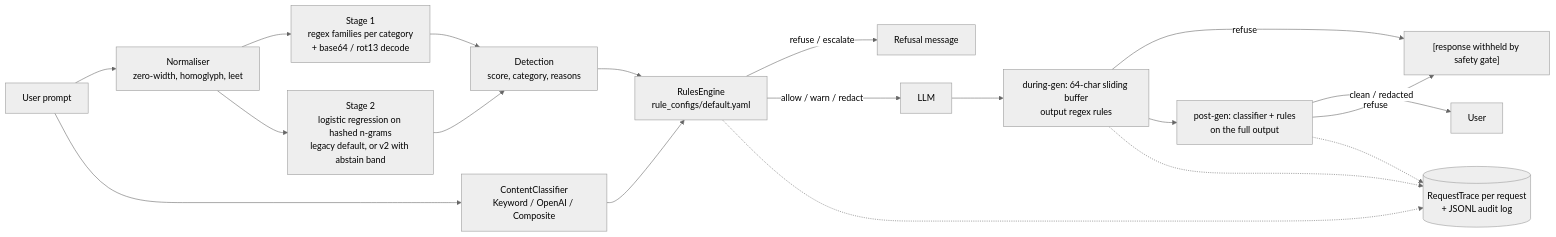
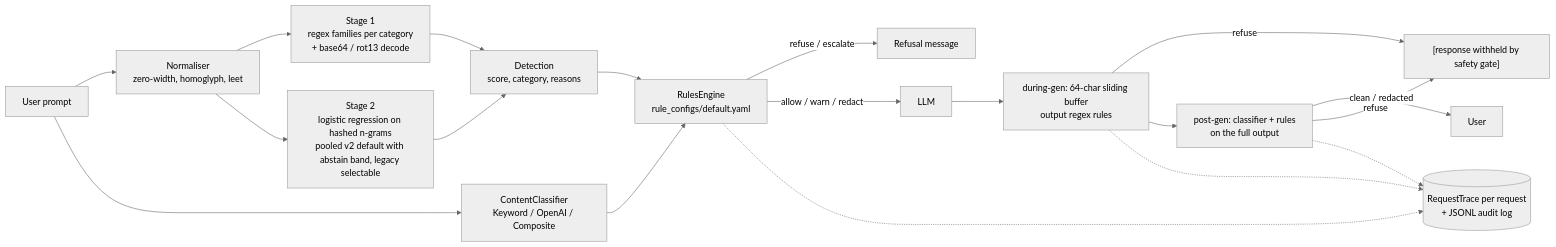
One commit to d41sys/safegate changed the diagram in README.md. Above: the diagram before and after it, drawn with Mermaid (neutral theme). The commit also changed other lines of this file, not shown here.

Commit message:
docs: LODO results, pooled v2 default numbers, legacy relabelled

````diff
--- a/README.md
+++ b/README.md
@@ -21,21 +21,21 @@
 ```mermaid
 flowchart LR
     U[User prompt] --> N[Normaliser<br/>zero-width, homoglyph, leet]
     N --> S1[Stage 1<br/>regex families per category<br/>+ base64 / rot13 decode]
-    N --> S2[Stage 2<br/>logistic regression on hashed n-grams<br/>legacy default, or v2 with abstain band]
+    N --> S2[Stage 2<br/>logistic regression on hashed n-grams<br/>pooled v2 default with abstain band, legacy selectable]
     S1 --> D[Detection<br/>score, category, reasons]
     S2 --> D
     U --> C[ContentClassifier<br/>Keyword / OpenAI / Composite]
     D --> R[RulesEngine<br/>rule_configs/default.yaml]
     C --> R
     R -->|refuse / escalate| X[Refusal message]
     R -->|allow / warn / redact| L[LLM]
     L --> B[during-gen: 64-char sliding buffer<br/>output regex rules]
     B -->|refuse| W["[response withheld by safety gate]"]
     B --> P[post-gen: classifier + rules<br/>on the full output]
     P -->|clean / redacted| O[User]
     P -->|refuse| W
     R -.-> T[(RequestTrace per request<br/>+ JSONL audit log)]
     B -.-> T
     P -.-> T
 ```
````
